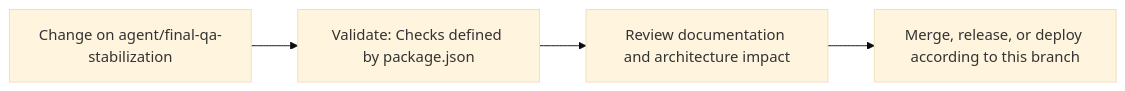
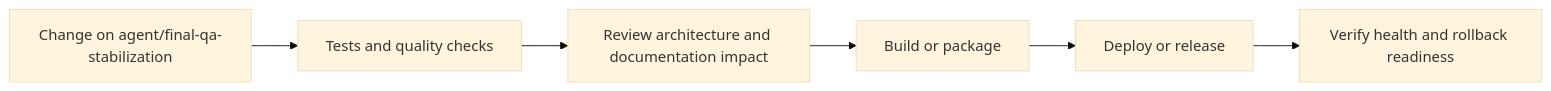
The fourth of 5 diagrams in README.md (Nischhalsubba/rismfp-ui), drawn with Mermaid (base theme) before and after one commit. The commit also changed other lines of this file, not shown here.

````diff
--- a/README.md
+++ b/README.md
@@ -71,8 +137,8 @@
 ```mermaid
 flowchart LR
-    CHANGE["Change on agent/final-qa-stabilization"]
-    CHECK["Validate: Checks defined by package.json"]
-    REVIEW["Review documentation and architecture impact"]
-    RELEASE["Merge, release, or deploy according to this branch"]
-    CHANGE --> CHECK --> REVIEW --> RELEASE
+    CHANGE["Change on agent/final-qa-stabilization"] --> CHECK["Tests and quality checks"]
+    CHECK --> REVIEW["Review architecture and documentation impact"]
+    REVIEW --> BUILD["Build or package"]
+    BUILD --> DEPLOY["Deploy or release"]
+    DEPLOY --> VERIFY["Verify health and rollback readiness"]
 ```
````
